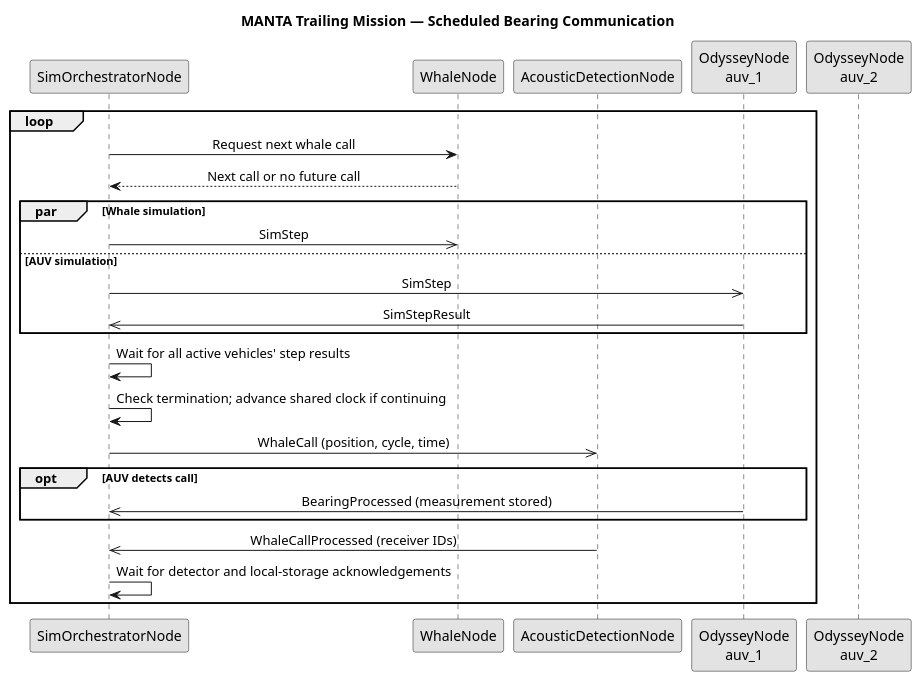
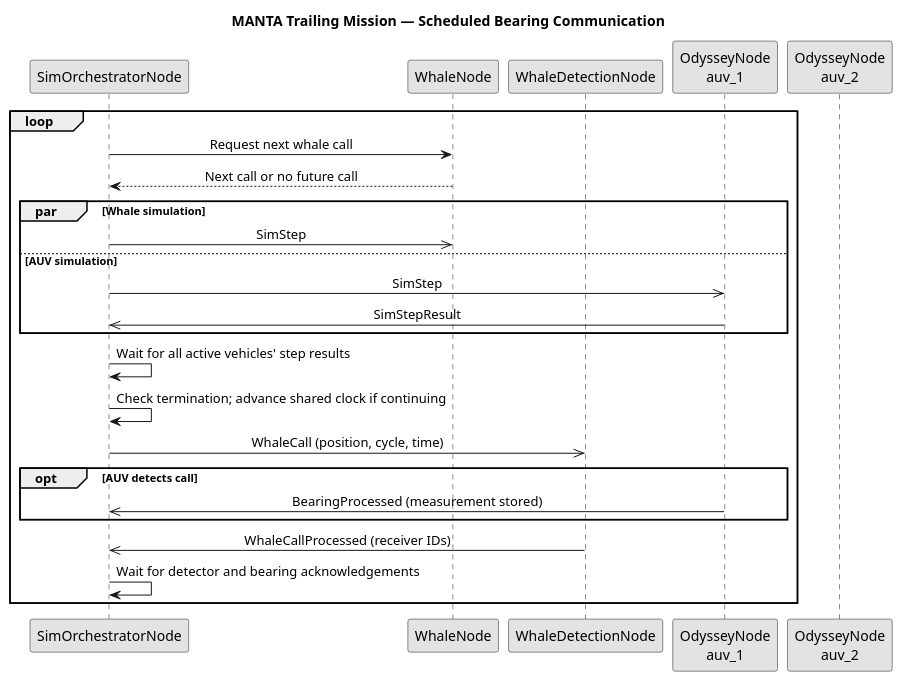
Before and after one commit to Tebcherani/MANTA: the diagram in components/manta_core/docs/sim_orchestrator_sequence.puml, drawn with PlantUML. The commit also changed 7 other files, not shown here.

```diff
--- a/components/manta_core/docs/sim_orchestrator_sequence.puml
+++ b/components/manta_core/docs/sim_orchestrator_sequence.puml
@@ -1,41 +1,41 @@
 @startuml
 title MANTA Trailing Mission — Scheduled Bearing Communication
 
 skinparam monochrome true
 skinparam shadowing false
 skinparam sequenceMessageAlign center
 skinparam responseMessageBelowArrow true
 
 participant "SimOrchestratorNode" as Orchestrator
 participant "WhaleNode" as Whale
-participant "AcousticDetectionNode" as Detection
+participant "WhaleDetectionNode" as Detection
 participant "OdysseyNode\nauv_1" as AUV1
 participant "OdysseyNode\nauv_2" as AUV2
 
 loop
 
     Orchestrator -> Whale : Request next whale call
     Whale --> Orchestrator : Next call or no future call
 
     par Whale simulation
         Orchestrator ->> Whale : SimStep
 
     else AUV simulation
         Orchestrator ->> AUV1 : SimStep
         AUV1 ->> Orchestrator : SimStepResult
     end
 
     Orchestrator -> Orchestrator : Wait for all active vehicles' step results
     Orchestrator -> Orchestrator : Check termination; advance shared clock if continuing
 
     Orchestrator ->> Detection : WhaleCall (position, cycle, time)
 
     opt AUV detects call
         AUV1 ->> Orchestrator : BearingProcessed (measurement stored)
     end
 
         Detection ->> Orchestrator : WhaleCallProcessed (receiver IDs)
-        Orchestrator -> Orchestrator : Wait for detector and local-storage acknowledgements
+    Orchestrator -> Orchestrator : Wait for detector and bearing acknowledgements
 end
 
 @enduml
```
